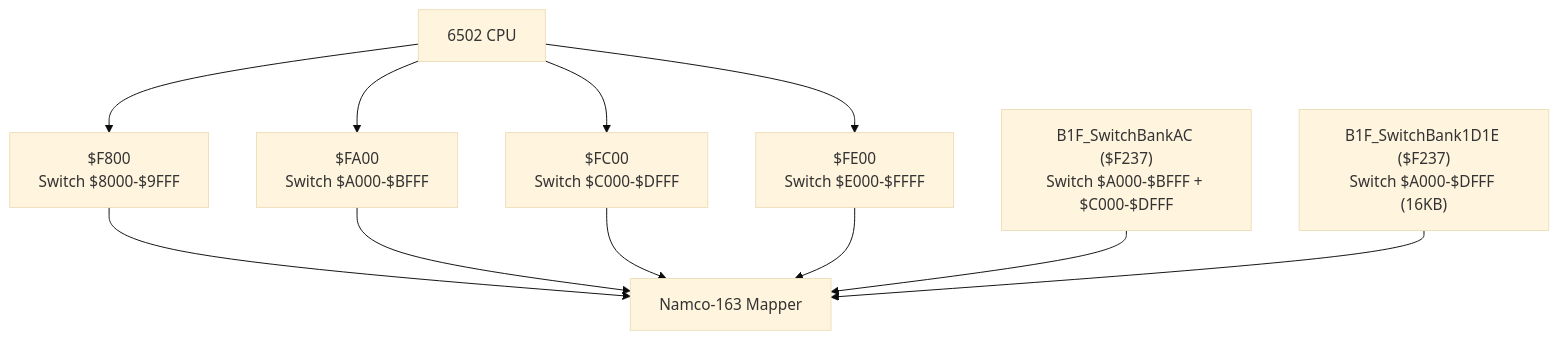
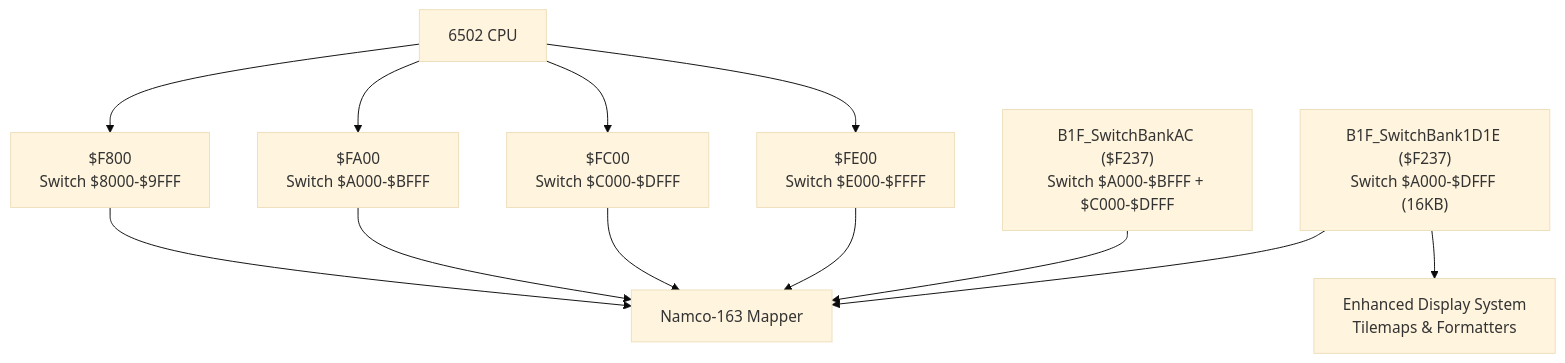
The second of 3 diagrams in .qoder/repowiki/en/content/Assembly Architecture/Bank Organization and Memory Layout.md (rabbyzero/sango2dasm), drawn with Mermaid (base theme) before and after one commit. The commit also changed other lines of this file and 11 other files, not shown here.

````diff
--- a/.qoder/repowiki/en/content/Assembly Architecture/Bank Organization and Memory Layout.md
+++ b/.qoder/repowiki/en/content/Assembly Architecture/Bank Organization and Memory Layout.md
@@ -118,21 +121,23 @@
 ```mermaid
 graph TB
 CPU["6502 CPU"]
 MAPPER["Namco-163 Mapper"]
 REG8000["$F800<br/>Switch $8000-$9FFF"]
 REGA000["$FA00<br/>Switch $A000-$BFFF"]
 REGC000["$FC00<br/>Switch $C000-$DFFF"]
 REGE000["$FE00<br/>Switch $E000-$FFFF"]
 SWITCHAC["B1F_SwitchBankAC ($F237)<br/>Switch $A000-$BFFF + $C000-$DFFF"]
 SWITCH1D1E["B1F_SwitchBank1D1E ($F237)<br/>Switch $A000-$DFFF (16KB)"]
+DISP["Enhanced Display System<br/>Tilemaps & Formatters"]
 CPU --> REG8000
 CPU --> REGA000
 CPU --> REGC000
 CPU --> REGE000
 REG8000 --> MAPPER
 REGA000 --> MAPPER
 REGC000 --> MAPPER
 REGE000 --> MAPPER
 SWITCHAC --> MAPPER
 SWITCH1D1E --> MAPPER
+SWITCH1D1E --> DISP
 ```
````
